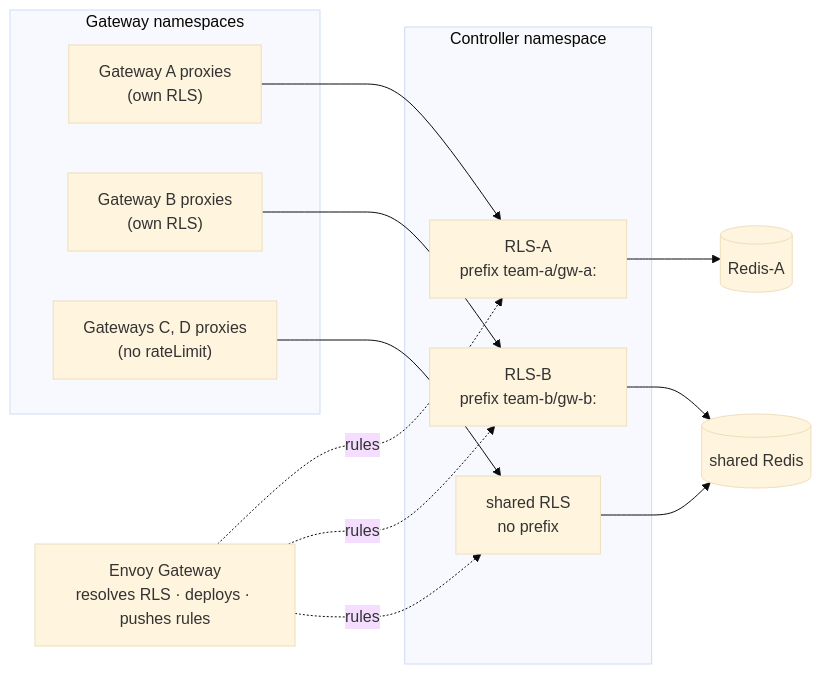
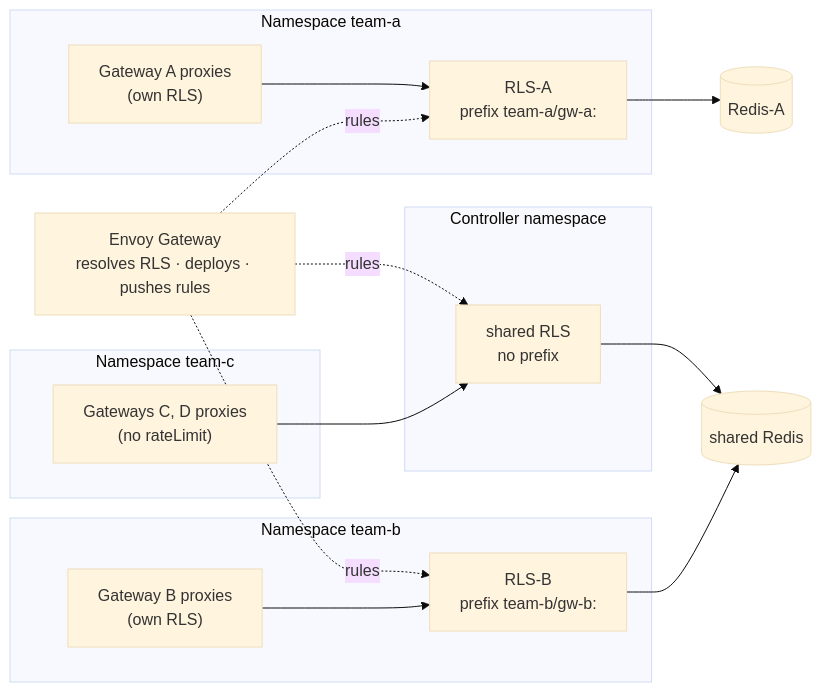
Before and after one commit to envoyproxy/gateway: the first of 2 diagrams in site/content/en/community/design/dedicated-rate-limit-service.md, drawn with Mermaid (base theme). The commit also changed other lines of this file, not shown here.

````diff
--- a/site/content/en/community/design/dedicated-rate-limit-service.md
+++ b/site/content/en/community/design/dedicated-rate-limit-service.md
@@ -555,27 +442,33 @@
 ```mermaid
 flowchart LR
   EG["Envoy Gateway<br/>resolves RLS · deploys · pushes rules"]
 
-  subgraph gw["Gateway namespaces"]
+  subgraph nsa["Namespace team-a"]
     A["Gateway A proxies<br/>(own RLS)"]
+    RA["RLS-A<br/>prefix team-a/gw-a:"]
+  end
+
+  subgraph nsb["Namespace team-b"]
     B["Gateway B proxies<br/>(own RLS)"]
+    RB["RLS-B<br/>prefix team-b/gw-b:"]
+  end
+
+  subgraph nsc["Namespace team-c"]
     CD["Gateways C, D proxies<br/>(no rateLimit)"]
   end
 
   subgraph cp["Controller namespace"]
-    RA["RLS-A<br/>prefix team-a/gw-a:"]
-    RB["RLS-B<br/>prefix team-b/gw-b:"]
     RS["shared RLS<br/>no prefix"]
   end
 
   RedisA[("Redis-A")]
   RedisS[("shared Redis")]
 
   A --> RA --> RedisA
   B --> RB --> RedisS
   CD --> RS --> RedisS
 
   EG -. rules .-> RA
   EG -. rules .-> RB
   EG -. rules .-> RS
 ```
````
